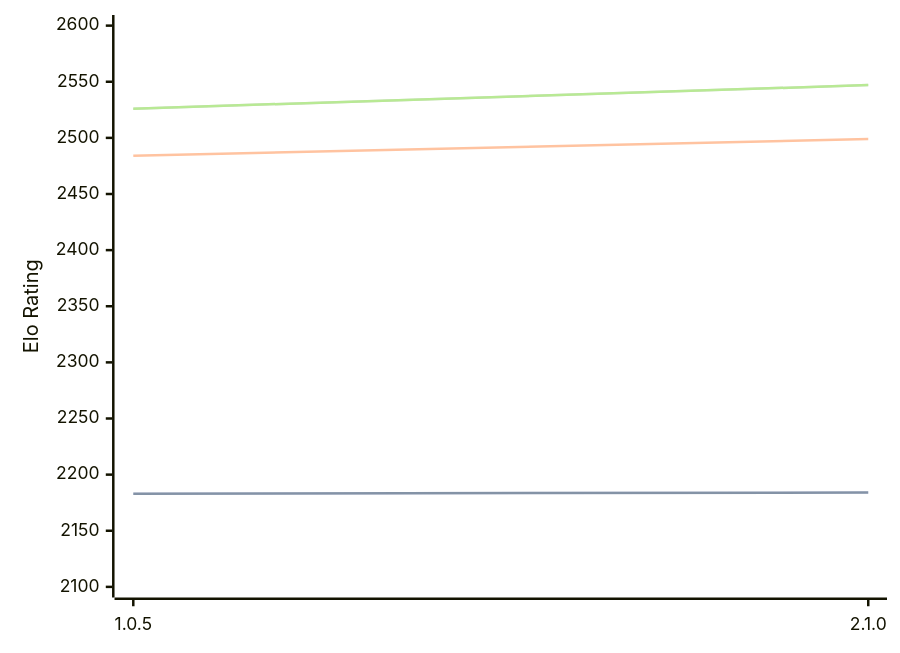
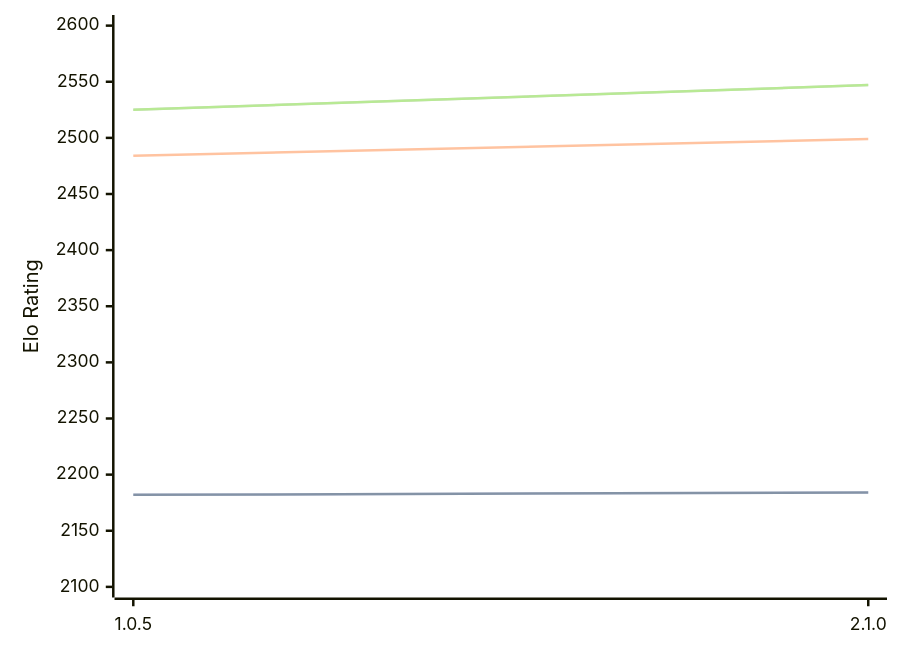
Before and after one commit to computer-chess-index/cci: the diagram in engines/Ruffian.md, drawn with Mermaid. The commit also changed other lines of this file, not shown here.

Commit message:
Update CCI Ratings (ELO VLTC) - 2026-03-18

````diff
--- a/engines/Ruffian.md
+++ b/engines/Ruffian.md
@@ -30,11 +30,11 @@
 ```mermaid
 %%{init: {"theme":"base","themeVariables":{"seriesColors:['#a3a3a3','#222221','#faa371']}}}%%
 xychart-beta
   x-axis ["1.0.5", "2.1.0"]
   y-axis "Elo Rating" 2100 --> 2600
-  line "STC (8.0+0.08s)" [2183, 2184]
-  line "STC (8.0+0.08s)" [2183, 2184]
+  line "STC (8.0+0.08s)" [2182, 2184]
+  line "STC (8.0+0.08s)" [2182, 2184]
   line "LTC (60.0+0.60s)" [2484, 2499]
-  line "VLTC (2m24s+1.12s)" [2526, 2547]
-  line "VLTC (2m24s+1.12s)" [2526, 2547]
+  line "VLTC (2m24s+1.12s)" [2525, 2547]
+  line "VLTC (2m24s+1.12s)" [2525, 2547]
 ```
````
